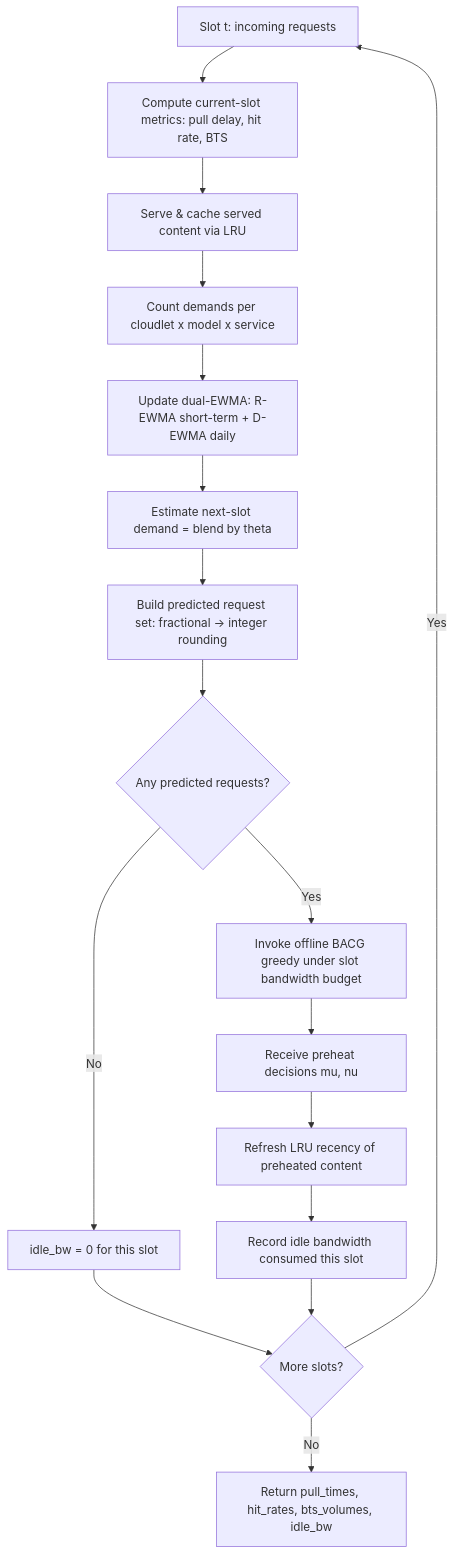
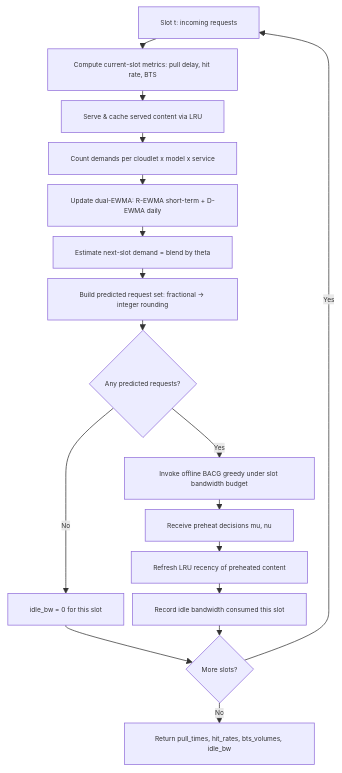
The second of 2 diagrams in README.md (fcgxz2003/bandwidth-aware-llm-serving), drawn with Mermaid before and after one commit. The commit also changed other lines of this file, not shown here.

Commit message:
docs: shrink README mermaid diagrams

````diff
--- a/README.md
+++ b/README.md
@@ -36,18 +36,19 @@
 ```mermaid
+%%{init: {'themeVariables': {'fontSize': '9px'}, 'flowchart': {'nodeSpacing': 12, 'rankSpacing': 14}}}%%
 flowchart TD
     A[Slot t: incoming requests] --> B[Compute current-slot metrics: pull delay, hit rate, BTS]
     B --> C[Serve & cache served content via LRU]
     C --> D[Count demands per cloudlet x model x service]
     D --> E[Update dual-EWMA: R-EWMA short-term + D-EWMA daily]
     E --> F[Estimate next-slot demand = blend by theta]
     F --> G[Build predicted request set: fractional -> integer rounding]
     G --> H{Any predicted requests?}
     H -->|No| I[idle_bw = 0 for this slot] --> N{More slots?}
     H -->|Yes| J[Invoke offline BACG greedy under slot bandwidth budget]
     J --> K[Receive preheat decisions mu, nu]
     K --> L[Refresh LRU recency of preheated content]
     L --> M[Record idle bandwidth consumed this slot]
     M --> N
     N -->|Yes| A
     N -->|No| O[Return pull_times, hit_rates, bts_volumes, idle_bw]
 ```
````
